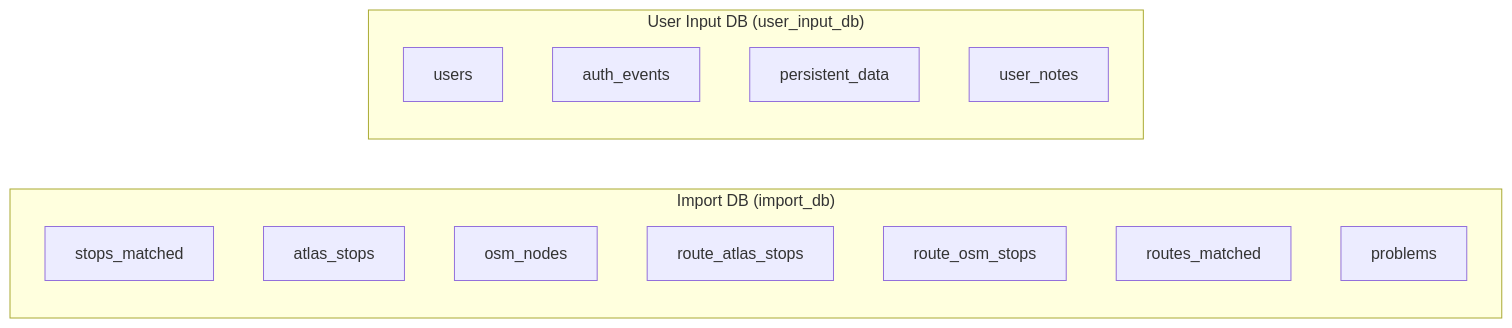
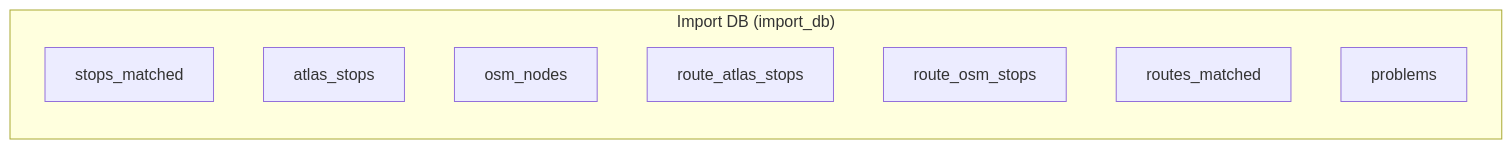
Before and after one commit to openTdataCH/stop_sync_osm_atlas: the diagram in documentation/4. Databases.md, drawn with Mermaid. The commit also changed other lines of this file and 54 other files, not shown here.

````diff
--- a/documentation/4. Databases.md
+++ b/documentation/4. Databases.md
@@ -13,21 +9,13 @@
 ```mermaid
 flowchart LR
     subgraph import_db["Import DB (import_db)"]
         direction TB
         S[stops_matched]
         A[atlas_stops]
         O[osm_nodes]
         R1[route_atlas_stops]
         R2[route_osm_stops]
         R3[routes_matched]
         P[problems]
     end
-    
-    subgraph user_input_db["User Input DB (user_input_db)"]
-        direction TB
-        U[users]
-        AE[auth_events]
-        PD[persistent_data]
-        UN[user_notes]
-    end
 ```
````
